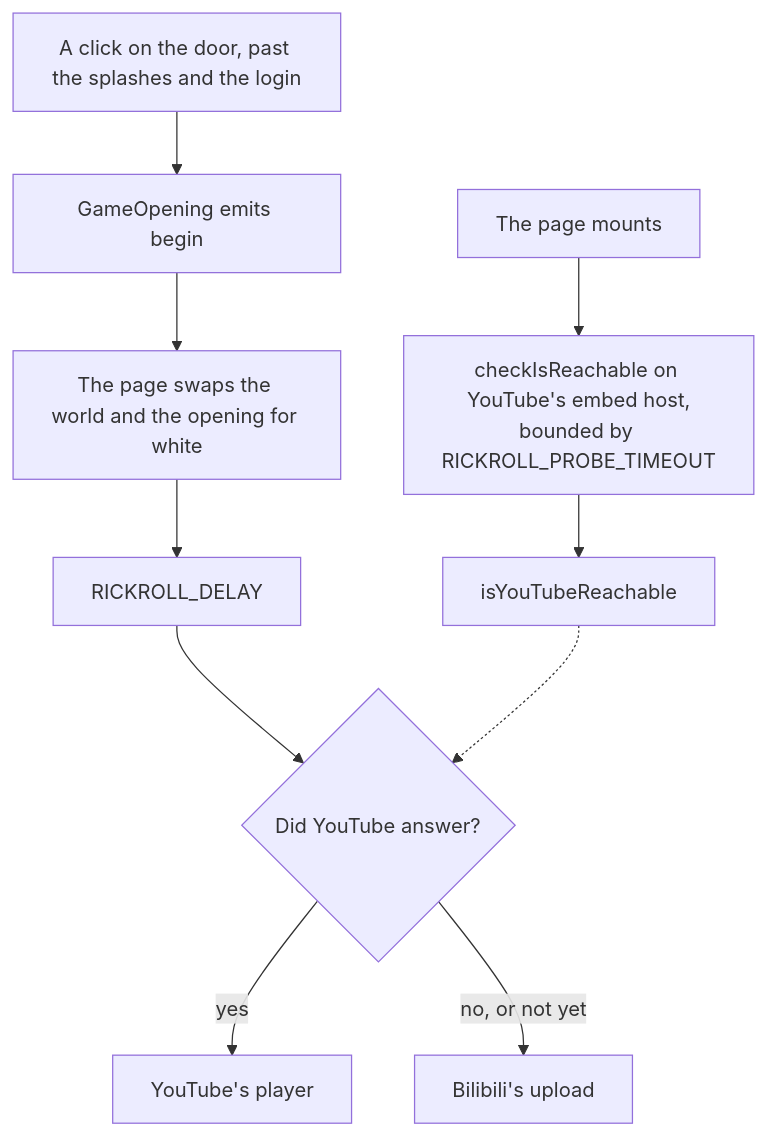
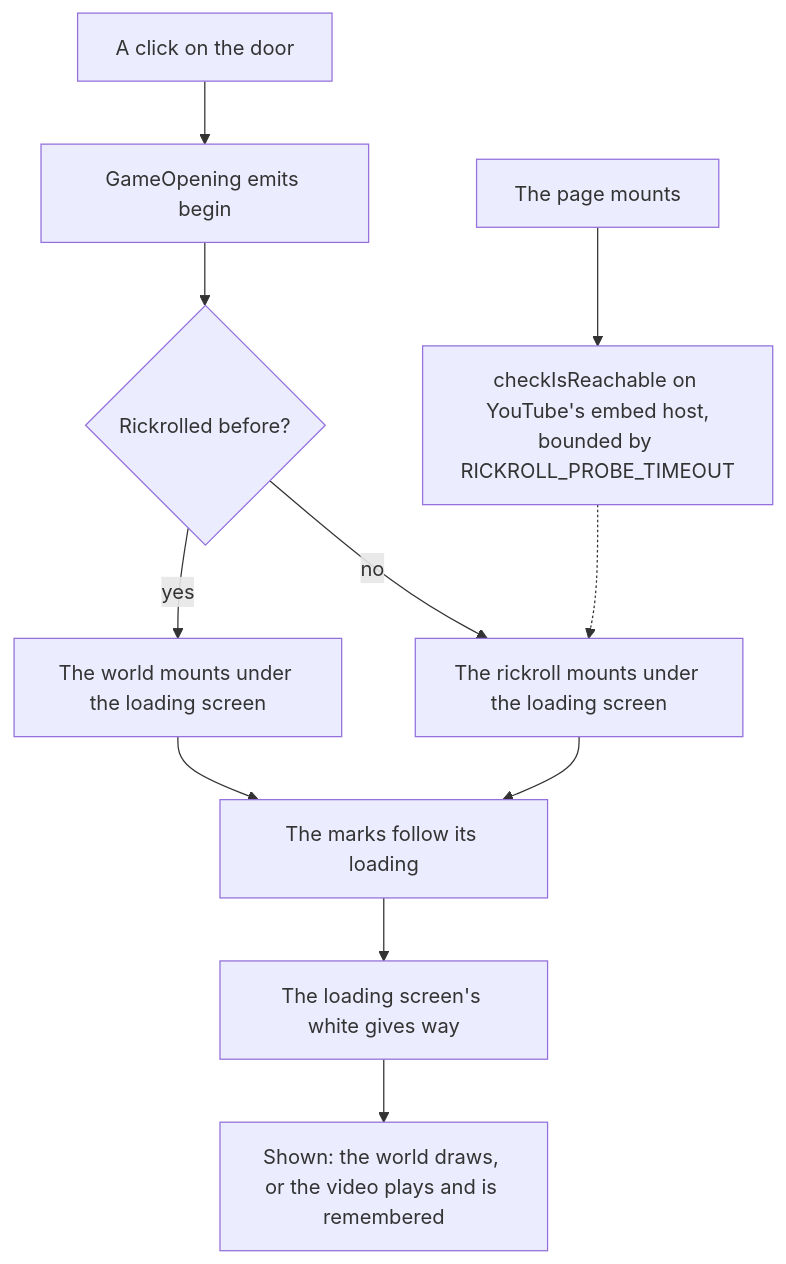
One commit to Esposter/Esposter changed the diagram in apps/web/content/docs/genshin/rickroll.md. Above: the diagram before and after it, drawn with Mermaid. The commit also changed other lines of this file and 6 other files, not shown here.

First line of the commit message:
feat(genshin): load what the door opens onto under the seven-element screen, and rickroll a browser only once

````diff
--- a/apps/web/content/docs/genshin/rickroll.md
+++ b/apps/web/content/docs/genshin/rickroll.md
@@ -12,12 +12,13 @@
 ```mermaid
 flowchart TD
   Mount["The page mounts"] --> Probe["checkIsReachable on YouTube's embed host,<br/>bounded by RICKROLL_PROBE_TIMEOUT"]
-  Probe --> Answer["isYouTubeReachable"]
-  Door["A click on the door, past the splashes and the login"] --> Begin["GameOpening emits begin"]
-  Begin --> White["The page swaps the world and the opening for white"]
-  White --> Hold["RICKROLL_DELAY"]
-  Hold --> Read{"Did YouTube answer?"}
-  Answer -.-> Read
-  Read -- yes --> YouTube["YouTube's player"]
-  Read -- "no, or not yet" --> Bilibili["Bilibili's upload"]
+  Door["A click on the door"] --> Begin["GameOpening emits begin"]
+  Begin --> Seen{"Rickrolled before?"}
+  Seen -- yes --> World["The world mounts under the loading screen"]
+  Seen -- no --> Rickroll["The rickroll mounts under the loading screen"]
+  Probe -.-> Rickroll
+  World --> Marks["The marks follow its loading"]
+  Rickroll --> Marks
+  Marks --> Finish["The loading screen's white gives way"]
+  Finish --> Show["Shown: the world draws, or the video plays and is remembered"]
 ```
````
